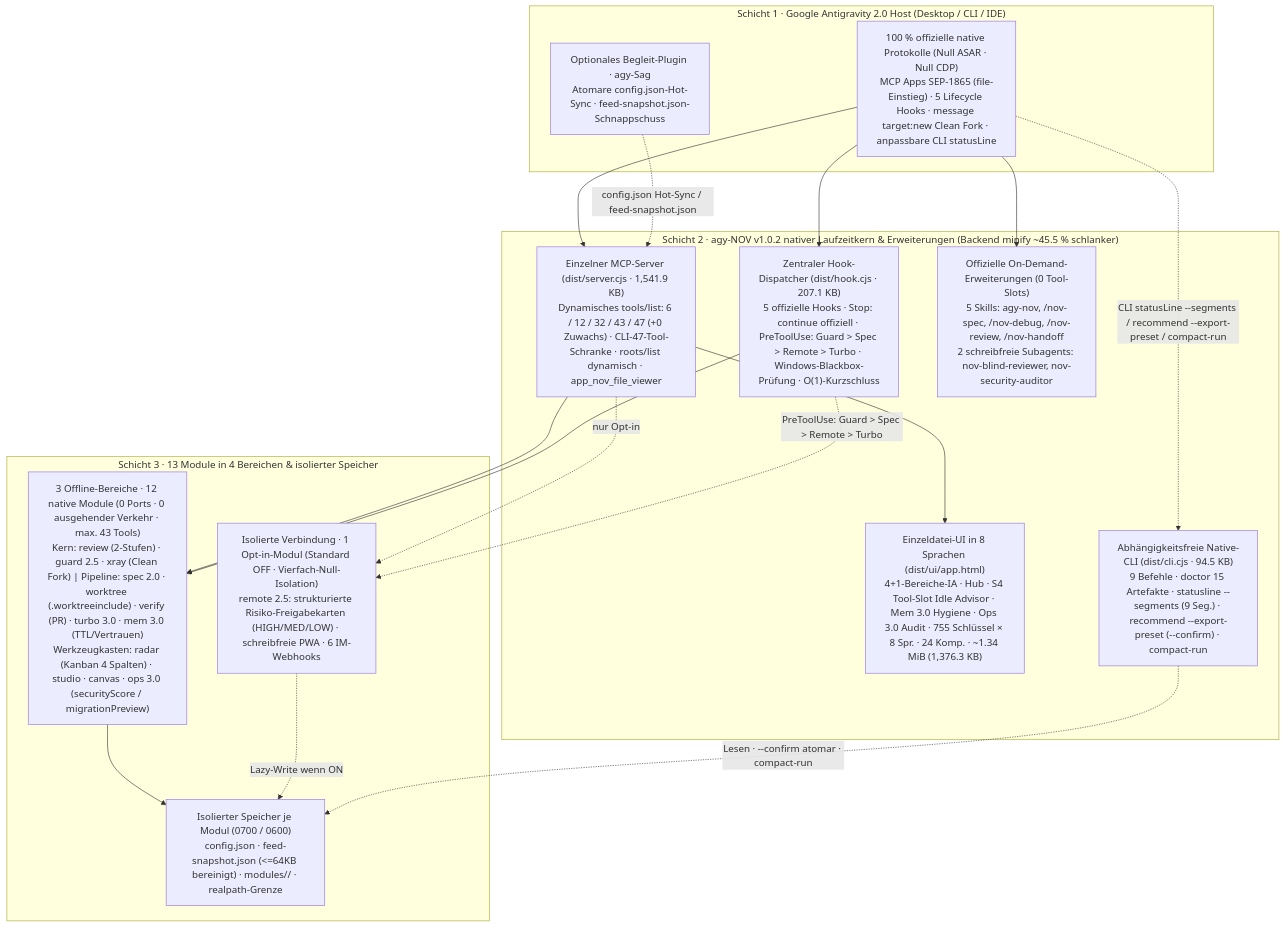
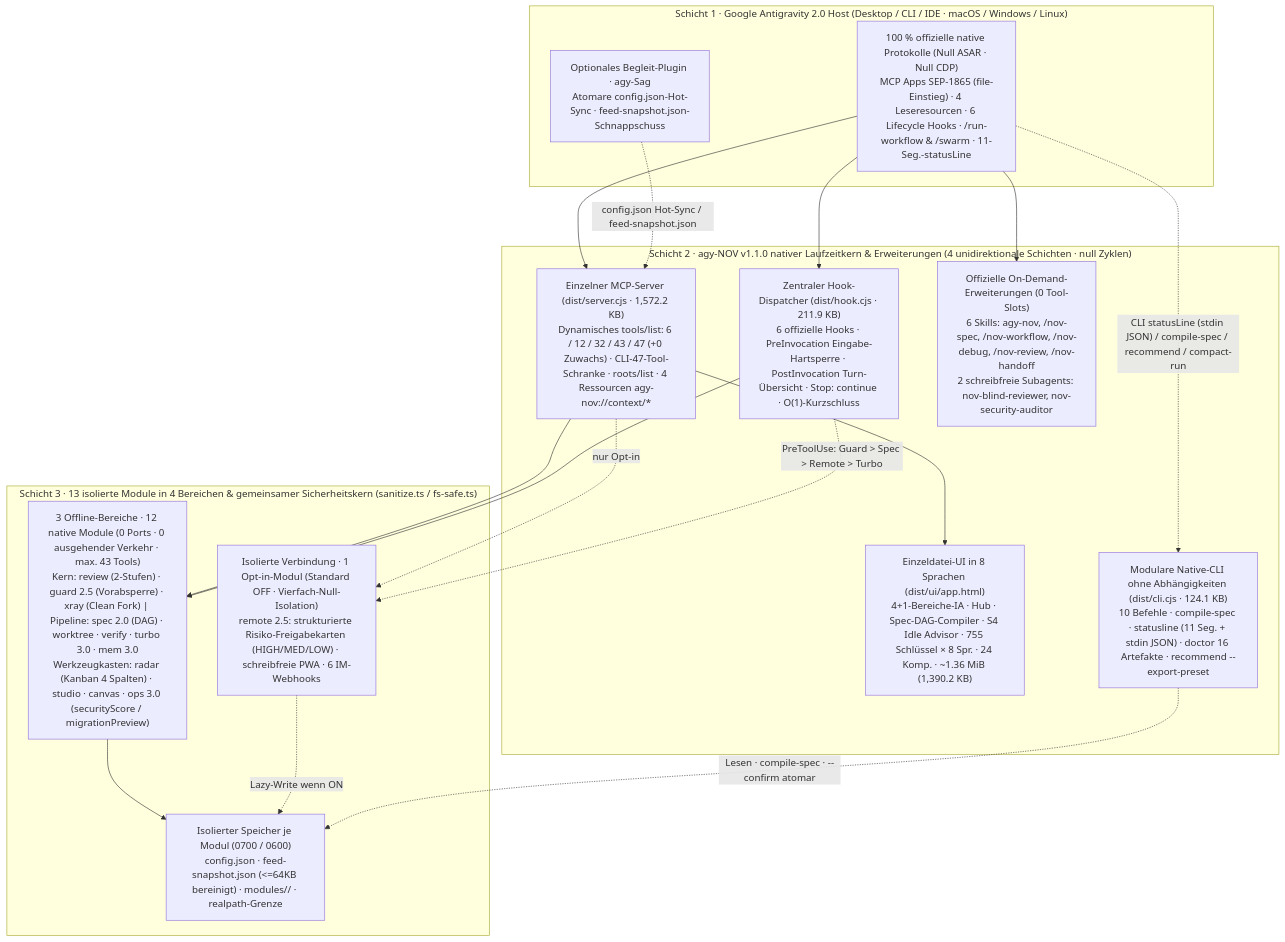
One commit to tone-leh/agy-NOV changed the diagram in docs/i18n/README.de.md. Above: the diagram before and after it, drawn with Mermaid. The commit also changed other lines of this file and 51 other files, not shown here.

Commit message:
feat(v1.1.0): Spec DAG workflow compiler, 6-Hook protocol, MCP context resources & CLI statusLine fusion

````diff
--- a/docs/i18n/README.de.md
+++ b/docs/i18n/README.de.md
@@ -245,35 +244,35 @@
 ```mermaid
 flowchart TB
-  subgraph L1["Schicht 1 · Google Antigravity 2.0 Host (Desktop / CLI / IDE)"]
-    Host["100 % offizielle native Protokolle (Null ASAR · Null CDP)\nMCP Apps SEP-1865 (file-Einstieg) · 5 Lifecycle Hooks · message target:new Clean Fork · anpassbare CLI statusLine"]
+  subgraph L1["Schicht 1 · Google Antigravity 2.0 Host (Desktop / CLI / IDE · macOS / Windows / Linux)"]
+    Host["100 % offizielle native Protokolle (Null ASAR · Null CDP)\nMCP Apps SEP-1865 (file-Einstieg) · 4 Leseresourcen · 6 Lifecycle Hooks · /run-workflow & /swarm · 11-Seg.-statusLine"]
     Sag["Optionales Begleit-Plugin · agy-Sag\nAtomare config.json-Hot-Sync · feed-snapshot.json-Schnappschuss"]
   end
 
-  subgraph L2["Schicht 2 · agy-NOV v1.0.2 nativer Laufzeitkern & Erweiterungen (Backend minify ~45.5 % schlanker)"]
-    MCP["Einzelner MCP-Server (dist/server.cjs · 1,541.9 KB)\nDynamisches tools/list: 6 / 12 / 32 / 43 / 47 (+0 Zuwachs) · CLI-47-Tool-Schranke · roots/list dynamisch · app_nov_file_viewer"]
-    Hook["Zentraler Hook-Dispatcher (dist/hook.cjs · 207.1 KB)\n5 offizielle Hooks · Stop: continue offiziell · PreToolUse: Guard > Spec > Remote > Turbo · Windows-Blackbox-Prüfung · O(1)-Kurzschluss"]
-    UI["Einzeldatei-UI in 8 Sprachen (dist/ui/app.html)\n4+1-Bereiche-IA · Hub · S4 Tool-Slot Idle Advisor · Mem 3.0 Hygiene · Ops 3.0 Audit · 755 Schlüssel × 8 Spr. · 24 Komp. · ~1.34 MiB (1,376.3 KB)"]
-    Ext["Offizielle On-Demand-Erweiterungen (0 Tool-Slots)\n5 Skills: agy-nov, /nov-spec, /nov-debug, /nov-review, /nov-handoff\n2 schreibfreie Subagents: nov-blind-reviewer, nov-security-auditor"]
-    CLI["Abhängigkeitsfreie Native-CLI (dist/cli.cjs · 94.5 KB)\n9 Befehle · doctor 15 Artefakte · statusline --segments (9 Seg.) · recommend --export-preset (--confirm) · compact-run"]
+  subgraph L2["Schicht 2 · agy-NOV v1.1.0 nativer Laufzeitkern & Erweiterungen (4 unidirektionale Schichten · null Zyklen)"]
+    MCP["Einzelner MCP-Server (dist/server.cjs · 1,572.2 KB)\nDynamisches tools/list: 6 / 12 / 32 / 43 / 47 (+0 Zuwachs) · CLI-47-Tool-Schranke · roots/list · 4 Ressourcen agy-nov://context/*"]
+    Hook["Zentraler Hook-Dispatcher (dist/hook.cjs · 211.9 KB)\n6 offizielle Hooks · PreInvocation Eingabe-Hartsperre · PostInvocation Turn-Übersicht · Stop: continue · O(1)-Kurzschluss"]
+    UI["Einzeldatei-UI in 8 Sprachen (dist/ui/app.html)\n4+1-Bereiche-IA · Hub · Spec-DAG-Compiler · S4 Idle Advisor · 755 Schlüssel × 8 Spr. · 24 Komp. · ~1.36 MiB (1,390.2 KB)"]
+    Ext["Offizielle On-Demand-Erweiterungen (0 Tool-Slots)\n6 Skills: agy-nov, /nov-spec, /nov-workflow, /nov-debug, /nov-review, /nov-handoff\n2 schreibfreie Subagents: nov-blind-reviewer, nov-security-auditor"]
+    CLI["Modulare Native-CLI ohne Abhängigkeiten (dist/cli.cjs · 124.1 KB)\n10 Befehle · compile-spec · statusline (11 Seg. + stdin JSON) · doctor 16 Artefakte · recommend --export-preset"]
   end
 
-  subgraph L3["Schicht 3 · 13 Module in 4 Bereichen & isolierter Speicher"]
-    T1["3 Offline-Bereiche · 12 native Module (0 Ports · 0 ausgehender Verkehr · max. 43 Tools)\nKern: review (2-Stufen) · guard 2.5 · xray (Clean Fork) | Pipeline: spec 2.0 · worktree (.worktreeinclude) · verify (PR) · turbo 3.0 · mem 3.0 (TTL/Vertrauen)\nWerkzeugkasten: radar (Kanban 4 Spalten) · studio · canvas · ops 3.0 (securityScore / migrationPreview)"]
+  subgraph L3["Schicht 3 · 13 isolierte Module in 4 Bereichen & gemeinsamer Sicherheitskern (sanitize.ts / fs-safe.ts)"]
+    T1["3 Offline-Bereiche · 12 native Module (0 Ports · 0 ausgehender Verkehr · max. 43 Tools)\nKern: review (2-Stufen) · guard 2.5 (Vorabsperre) · xray (Clean Fork) | Pipeline: spec 2.0 (DAG) · worktree · verify · turbo 3.0 · mem 3.0\nWerkzeugkasten: radar (Kanban 4 Spalten) · studio · canvas · ops 3.0 (securityScore / migrationPreview)"]
     T2R["Isolierte Verbindung · 1 Opt-in-Modul (Standard OFF · Vierfach-Null-Isolation)\nremote 2.5: strukturierte Risiko-Freigabekarten (HIGH/MED/LOW) · schreibfreie PWA · 6 IM-Webhooks"]
     Store["Isolierter Speicher je Modul (0700 / 0600)\nconfig.json · feed-snapshot.json (<=64KB bereinigt) · modules/<id>/ · realpath-Grenze"]
   end
 
   Host --> MCP
   Host --> Hook
   Host --> Ext
-  Host -. "CLI statusLine --segments / recommend --export-preset / compact-run" .-> CLI
+  Host -. "CLI statusLine (stdin JSON) / compile-spec / recommend / compact-run" .-> CLI
   Sag -. "config.json Hot-Sync / feed-snapshot.json" .-> MCP
   MCP --> UI
   MCP --> T1
   MCP -. "nur Opt-in" .-> T2R
   Hook --> T1
   Hook -. "PreToolUse: Guard > Spec > Remote > Turbo" .-> T2R
   T1 --> Store
   T2R -. "Lazy-Write wenn ON" .-> Store
-  CLI -. "Lesen · --confirm atomar · compact-run" .-> Store
+  CLI -. "Lesen · compile-spec · --confirm atomar" .-> Store
 ```
````
